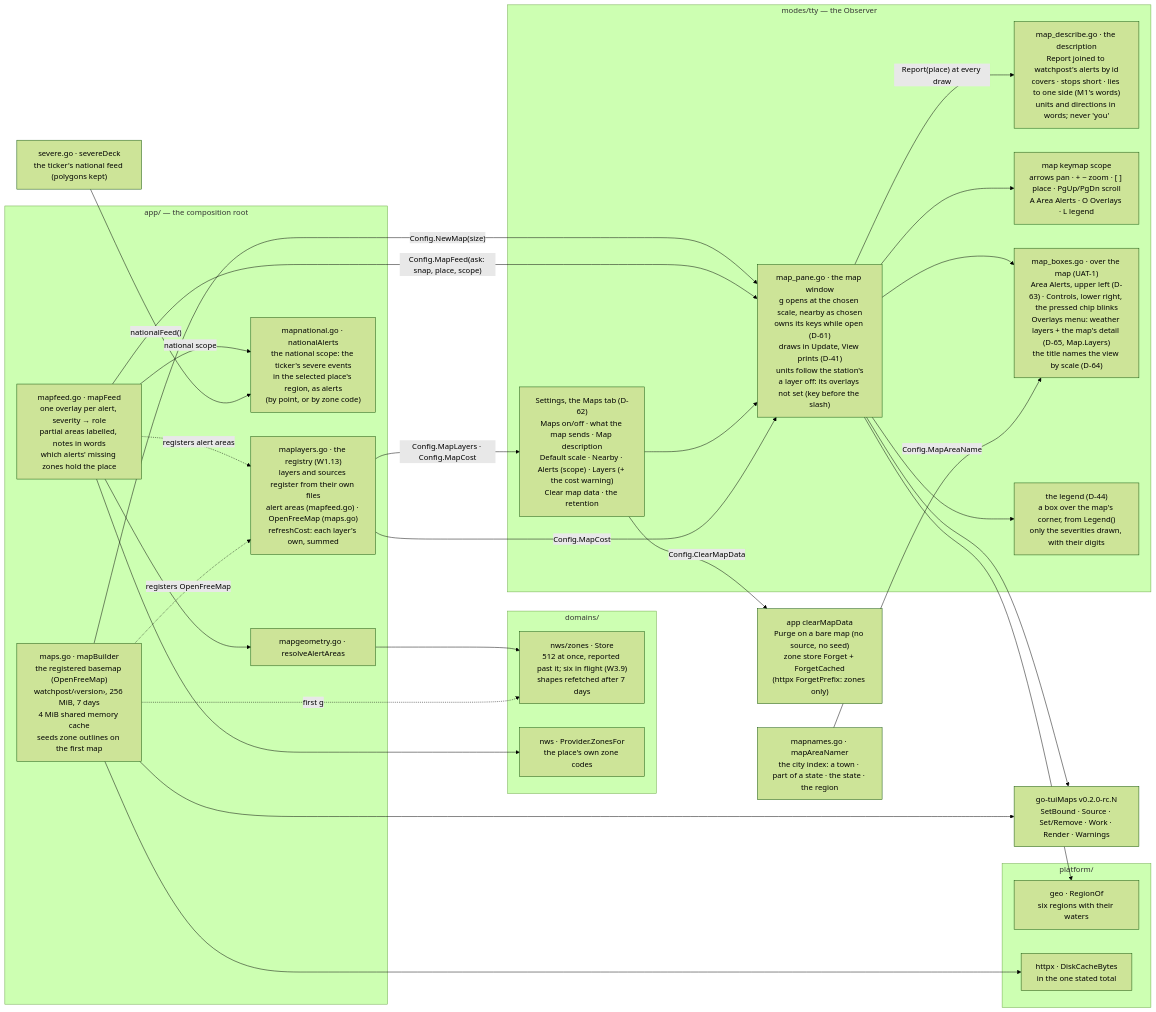
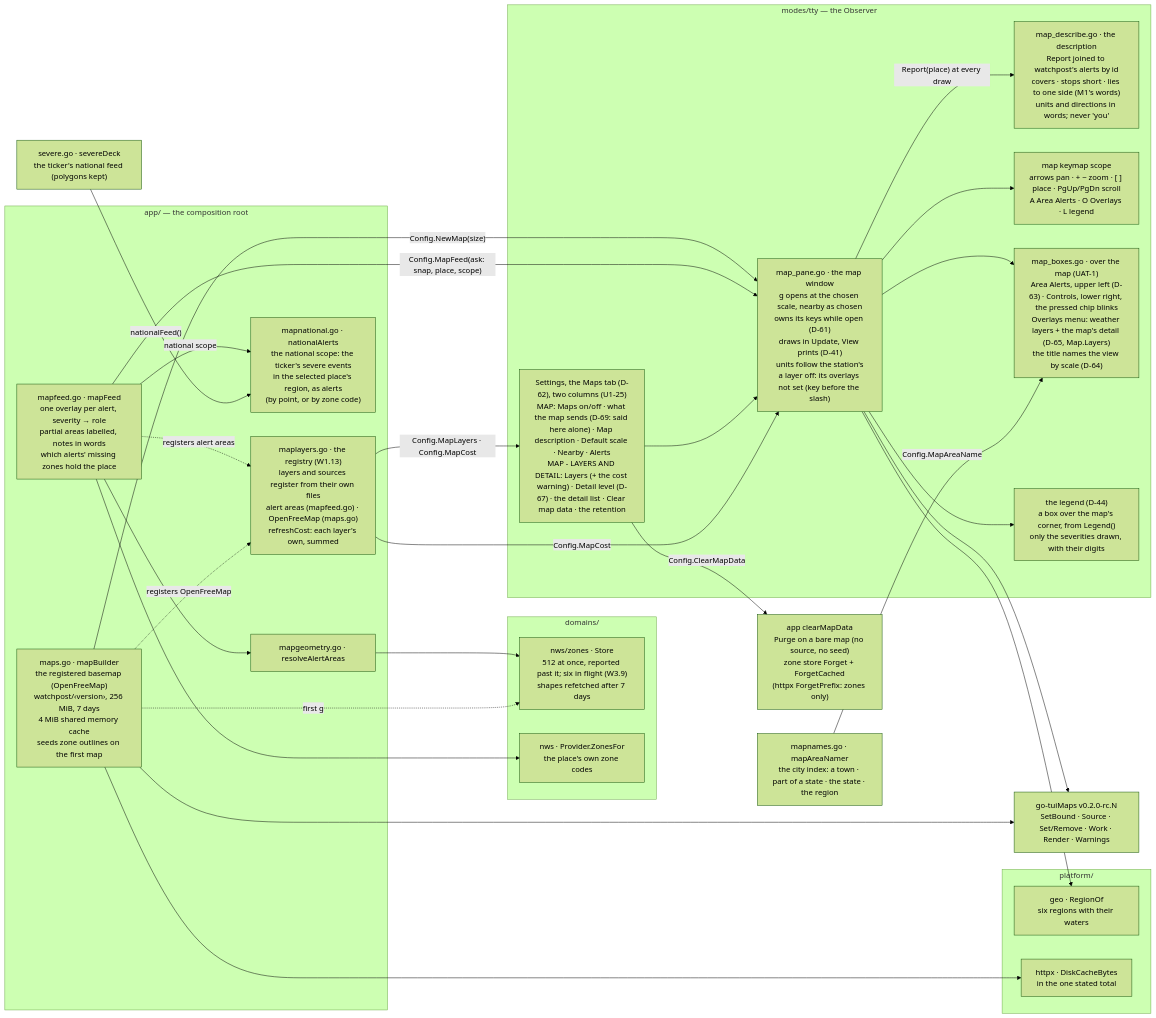
The first of 4 diagrams in 06_docs/02_features/observer-maps/03-architecture-design/as-built-map.md (branden-thompson/watchpost), drawn with Mermaid (forest theme) before and after one commit. The commit also changed other lines of this file and 49 other files, not shown here.

First line of the commit message:
0.18.0 batch 13: UAT-1's second pass; the detail level on go-tuiMaps rc.9

````diff
--- a/06_docs/02_features/observer-maps/03-architecture-design/as-built-map.md
+++ b/06_docs/02_features/observer-maps/03-architecture-design/as-built-map.md
@@ -21,49 +21,49 @@
 ```mermaid
 flowchart LR
   subgraph app["app/ — the composition root"]
     MB["maps.go · mapBuilder\nthe registered basemap (OpenFreeMap)\nwatchpost/‹version›, 256 MiB, 7 days\n4 MiB shared memory cache\nseeds zone outlines on the first map"]
     REG["maplayers.go · the registry (W1.13)\nlayers and sources register from their own files\nalert areas (mapfeed.go) · OpenFreeMap (maps.go)\nrefreshCost: each layer's own, summed"]
     MF["mapfeed.go · mapFeed\none overlay per alert, severity → role\npartial areas labelled, notes in words\nwhich alerts' missing zones hold the place"]
     MG["mapgeometry.go · resolveAlertAreas"]
     MN["mapnational.go · nationalAlerts\nthe national scope: the ticker's severe events\nin the selected place's region, as alerts\n(by point, or by zone code)"]
   end
   subgraph domains["domains/"]
     ZS["nws/zones · Store\n512 at once, reported past it; six in flight (W3.9)\nshapes refetched after 7 days"]
     WS["nws · Provider.ZonesFor\nthe place's own zone codes"]
   end
   subgraph tty["modes/tty — the Observer"]
     MW["map_pane.go · the map window\ng opens at the chosen scale, nearby as chosen\nowns its keys while open (D-61)\ndraws in Update, View prints (D-41)\nunits follow the station's\na layer off: its overlays not set (key before the slash)"]
     MD["map_describe.go · the description\nReport joined to watchpost's alerts by id\ncovers · stops short · lies to one side (M1's words)\nunits and directions in words; never 'you'"]
     MK["map keymap scope\narrows pan · + − zoom · [ ] place · PgUp/PgDn scroll\nA Area Alerts · O Overlays · L legend"]
     BX["map_boxes.go · over the map (UAT-1)\nArea Alerts, upper left (D-63) · Controls, lower right, the pressed chip blinks\nOverlays menu: weather layers + the map's detail (D-65, Map.Layers)\nthe title names the view by scale (D-64)"]
     LG["the legend (D-44)\na box over the map's corner, from Legend()\nonly the severities drawn, with their digits"]
-    ST2["Settings, the Maps tab (D-62)\nMaps on/off · what the map sends · Map description\nDefault scale · Nearby · Alerts (scope) · Layers (+ the cost warning)\nClear map data · the retention"]
+    ST2["Settings, the Maps tab (D-62), two columns (U1-25)\nMAP: Maps on/off · what the map sends (D-69: said here alone) · Map description · Default scale · Nearby · Alerts\nMAP - LAYERS AND DETAIL: Layers (+ the cost warning) · Detail level (D-67) · the detail list · Clear map data · the retention"]
   end
   subgraph plat["platform/"]
     RG["geo · RegionOf\nsix regions with their waters"]
     HX["httpx · DiskCacheBytes\nin the one stated total"]
   end
   L["go-tuiMaps v0.2.0-rc.N\nSetBound · Source · Set/Remove · Work · Render · Warnings"]
   MB -- "Config.NewMap(size)" --> MW
   MF -- "Config.MapFeed(ask: snap, place, scope)" --> MW
   MF --> MG --> ZS
   MF -- "national scope" --> MN
   SD["severe.go · severeDeck\nthe ticker's national feed (polygons kept)"] -- "nationalFeed()" --> MN
   MF --> WS
   MB -. "first g" .-> ZS
   MW --> RG
   MW --> MK
   MW --> LG
   MW --> BX
   NM["mapnames.go · mapAreaNamer\nthe city index: a town · part of a state · the state · the region"] -- "Config.MapAreaName" --> BX
   ST2 --> MW
   ST2 -- "Config.ClearMapData" --> CL["app clearMapData\nPurge on a bare map (no source, no seed)\nzone store Forget + ForgetCached\n(httpx ForgetPrefix: zones only)"]
   MW -- "Report(place) at every draw" --> MD
   MW --> L
   MB --> L
   MB --> HX
   MF -. "registers alert areas" .-> REG
   MB -. "registers OpenFreeMap" .-> REG
   REG -- "Config.MapLayers · Config.MapCost" --> ST2
   REG -- "Config.MapCost" --> MW
 ```
````
